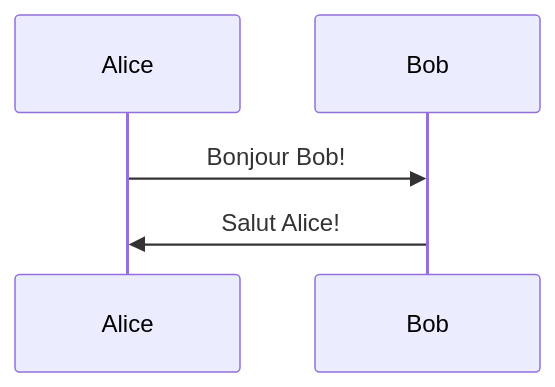
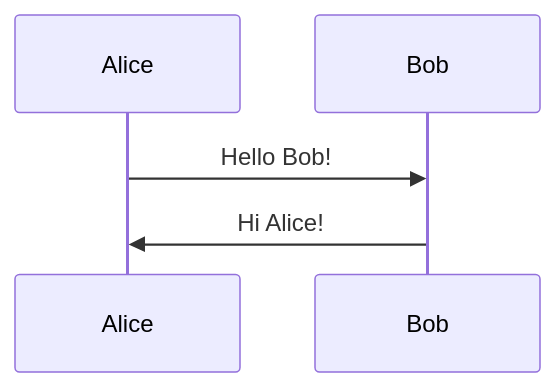
Before and after one commit to pleymor/homebrew-md2pdf: the diagram in README.md, drawn with Mermaid. The commit also changed other lines of this file and 1 other file, not shown here.

````diff
--- a/README.md
+++ b/README.md
@@ -141,7 +141,7 @@
 ```mermaid
 sequenceDiagram
     participant A as Alice
     participant B as Bob
-    A->>B: Bonjour Bob!
-    B->>A: Salut Alice!
+    A->>B: Hello Bob!
+    B->>A: Hi Alice!
 ```
````
